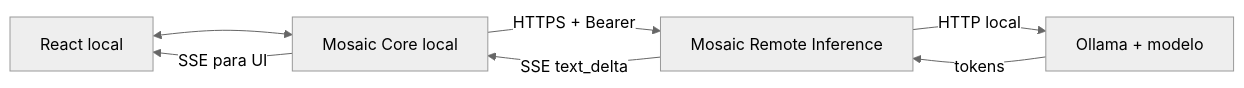
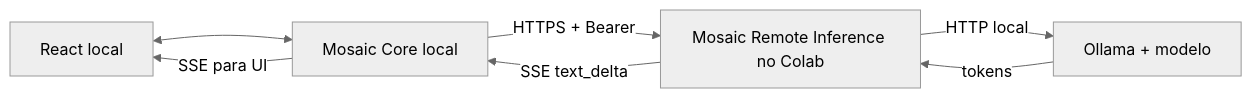
One commit to IGOR-SciDATA/mosaic-remote-inference changed the diagram in README.md. Above: the diagram before and after it, drawn with Mermaid (neutral theme). The commit also changed other lines of this file, not shown here.

Commit message:
docs: add end-to-end Colab Cloudflare Mosaic setup tutorial

````diff
--- a/README.md
+++ b/README.md
@@ -17,9 +17,9 @@
 ```mermaid
 flowchart LR
     UI[React local] <--> CORE[Mosaic Core local]
-    CORE -->|HTTPS + Bearer| REMOTE[Mosaic Remote Inference]
+    CORE -->|HTTPS + Bearer| REMOTE[Mosaic Remote Inference no Colab]
     REMOTE -->|HTTP local| OLLAMA[Ollama + modelo]
     OLLAMA -->|tokens| REMOTE
     REMOTE -->|SSE text_delta| CORE
     CORE -->|SSE para UI| UI
 ```
````
